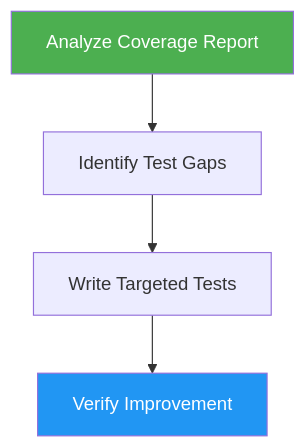
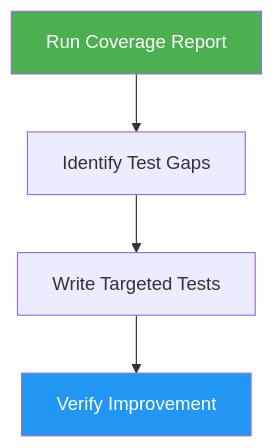
One commit to Montimage/skills changed the diagram in skills/test-coverage/README.md. Above: the diagram before and after it, drawn with Mermaid. The commit also changed other lines of this file and 20 other files, not shown here.

````diff
--- a/skills/test-coverage/README.md
+++ b/skills/test-coverage/README.md
@@ -24,8 +25,8 @@
 ```mermaid
 graph TD
-    A["Analyze Coverage Report"] --> B["Identify Test Gaps"]
+    A["Run Coverage Report"] --> B["Identify Test Gaps"]
     B --> C["Write Targeted Tests"]
     C --> D["Verify Improvement"]
     style A fill:#4CAF50,color:#fff
     style D fill:#2196F3,color:#fff
 ```
````
